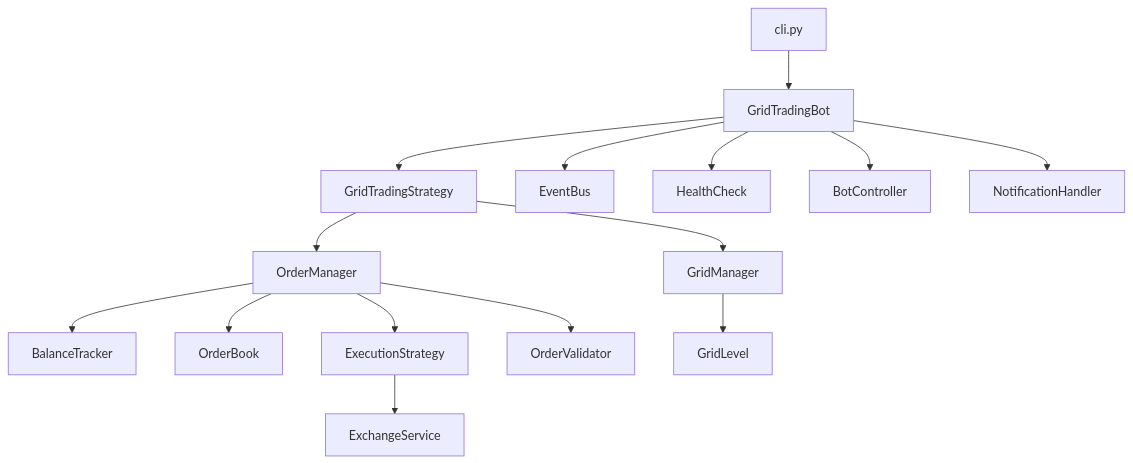
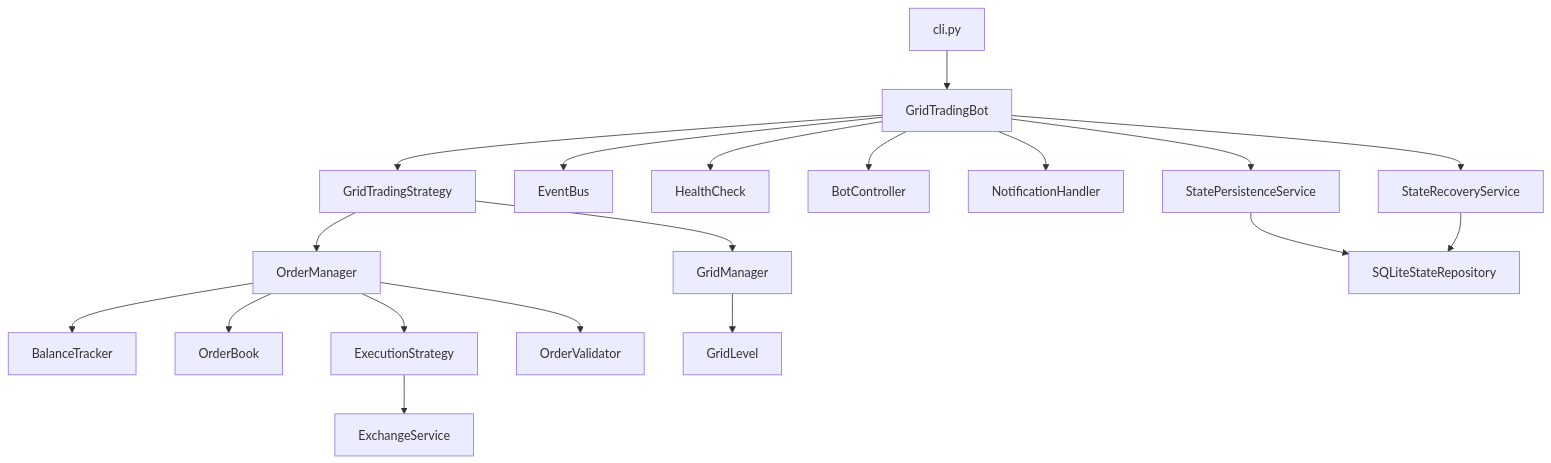
One commit to jordantete/grid_trading_bot changed the first of 2 diagrams in docs/architecture/overview.md. Above: the diagram before and after it, drawn with Mermaid. The commit also changed other lines of this file and 21 other files, not shown here.

Commit message:
feat: init persistence and update core logic with reconciliation service

````diff
--- a/docs/architecture/overview.md
+++ b/docs/architecture/overview.md
@@ -45,17 +50,21 @@
 ```mermaid
 flowchart TD
     CLI["cli.py"] --> Bot["GridTradingBot"]
     Bot --> Strategy["GridTradingStrategy"]
     Bot --> EventBus["EventBus"]
     Bot --> HealthCheck["HealthCheck"]
     Bot --> BotController["BotController"]
     Bot --> Notification["NotificationHandler"]
     Strategy --> OrderManager["OrderManager"]
     Strategy --> GridManager["GridManager"]
     OrderManager --> BalanceTracker["BalanceTracker"]
     OrderManager --> OrderBook["OrderBook"]
     OrderManager --> ExecutionStrategy["ExecutionStrategy"]
     ExecutionStrategy --> ExchangeService["ExchangeService"]
     OrderManager --> OrderValidator["OrderValidator"]
     GridManager --> GridLevel["GridLevel"]
+    Bot --> PersistenceService["StatePersistenceService"]
+    Bot --> RecoveryService["StateRecoveryService"]
+    PersistenceService --> StateRepository["SQLiteStateRepository"]
+    RecoveryService --> StateRepository
 ```
````
